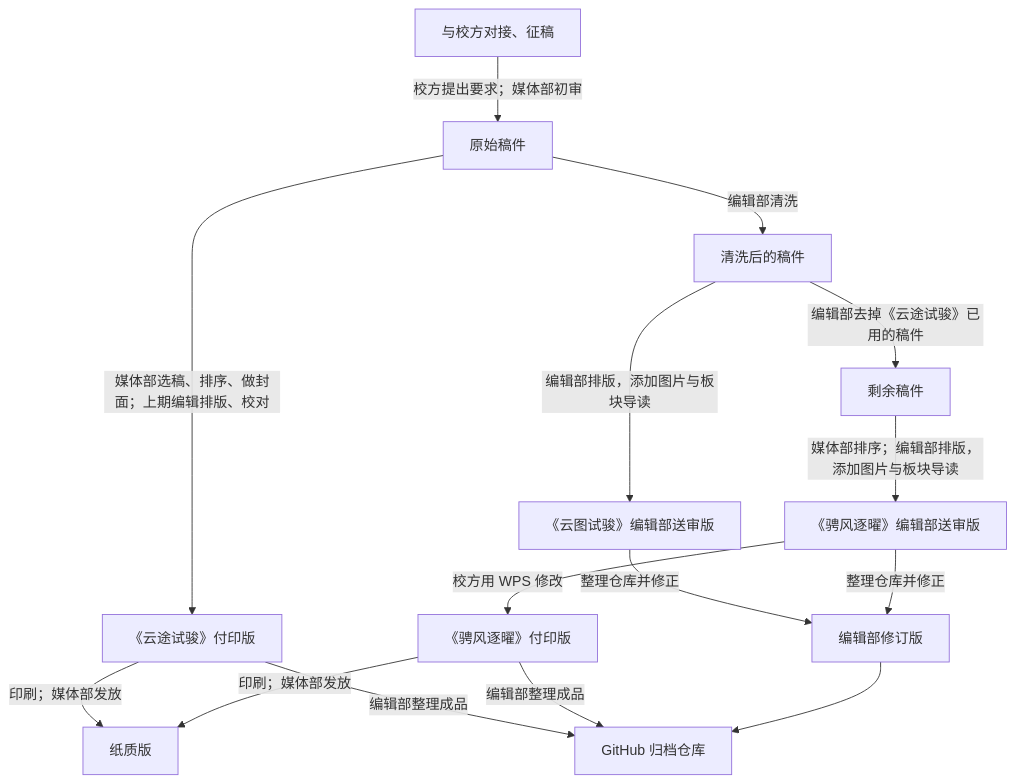
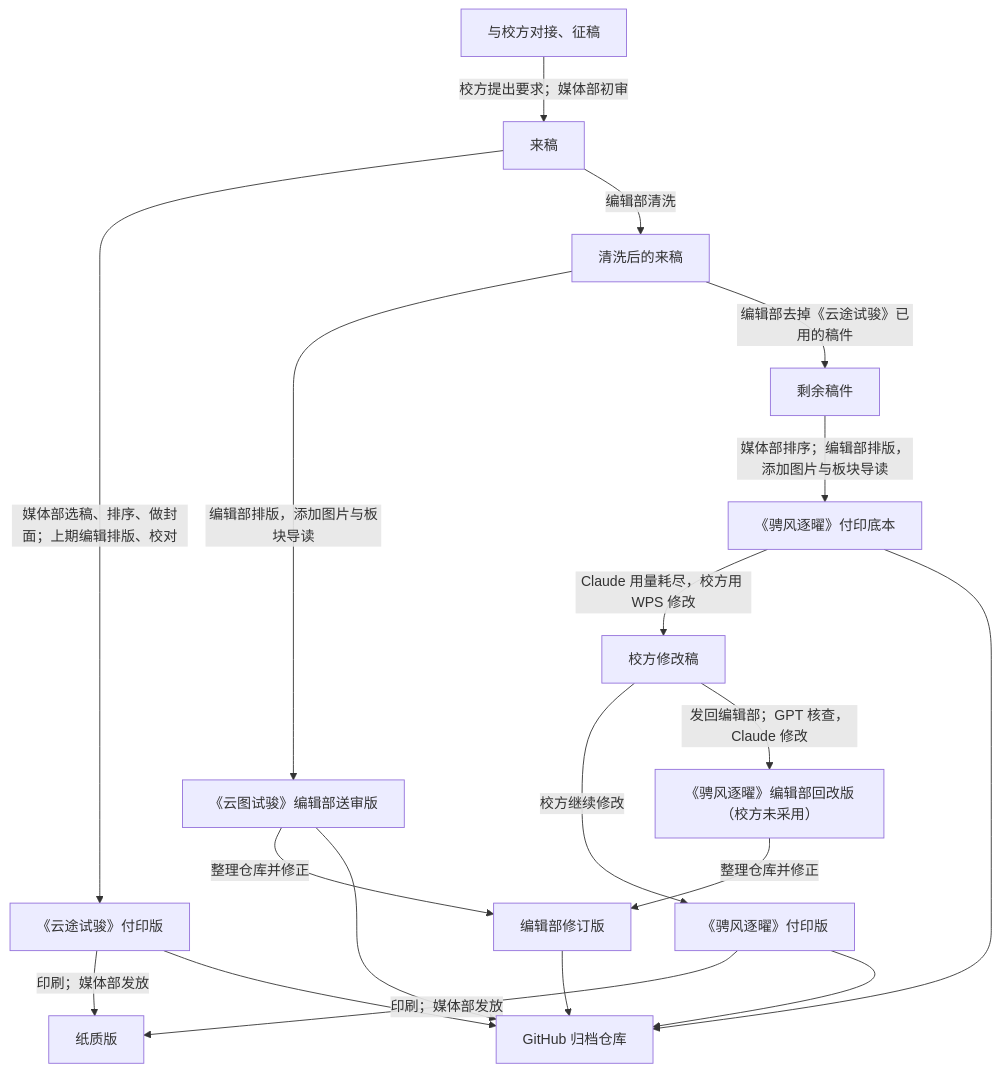
One commit to Yinzhou-High-School-Campus-Journal/Sports-Day-Issues-2026 changed the diagram in README.md. Above: the diagram before and after it, drawn with Mermaid. The commit also changed other lines of this file and 6 other files, not shown here.

````diff
--- a/README.md
+++ b/README.md
@@ -33,18 +33,19 @@
 ```mermaid
 flowchart TD
-    S["与校方对接、征稿"] -->|"校方提出要求；媒体部初审"| A["原始稿件"]
+    S["与校方对接、征稿"] -->|"校方提出要求；媒体部初审"| A["来稿"]
 
     A -->|"媒体部选稿、排序、做封面；上期编辑排版、校对"| B["《云途试骏》付印版"]
-    A -->|"编辑部清洗"| C["清洗后的稿件"]
+    A -->|"编辑部清洗"| C["清洗后的来稿"]
 
     C -->|"编辑部排版，添加图片与板块导读"| D["《云图试骏》编辑部送审版"]
     C -->|"编辑部去掉《云途试骏》已用的稿件"| E["剩余稿件"]
 
-    E -->|"媒体部排序；编辑部排版，添加图片与板块导读"| F["《骋风逐曜》编辑部送审版"]
-    F -->|"校方用 WPS 修改"| G["《骋风逐曜》付印版"]
+    E -->|"媒体部排序；编辑部排版，添加图片与板块导读"| F["《骋风逐曜》付印底本"]
+    F -->|"Claude 用量耗尽，校方用 WPS 修改"| G1["校方修改稿"]
+    G1 -->|"校方继续修改"| G["《骋风逐曜》付印版"]
+    G1 -->|"发回编辑部；GPT 核查，Claude 修改"| K["《骋风逐曜》编辑部回改版（校方未采用）"]
 
     B & G -->|"印刷；媒体部发放"| H["纸质版"]
-    D & F -->|"整理仓库并修正"| J["编辑部修订版"]
-    B & G -->|"编辑部整理成品"| I["GitHub 归档仓库"]
-    J --> I
+    D & K -->|"整理仓库并修正"| J["编辑部修订版"]
+    B & D & F & G & J --> I["GitHub 归档仓库"]
 ```
````
